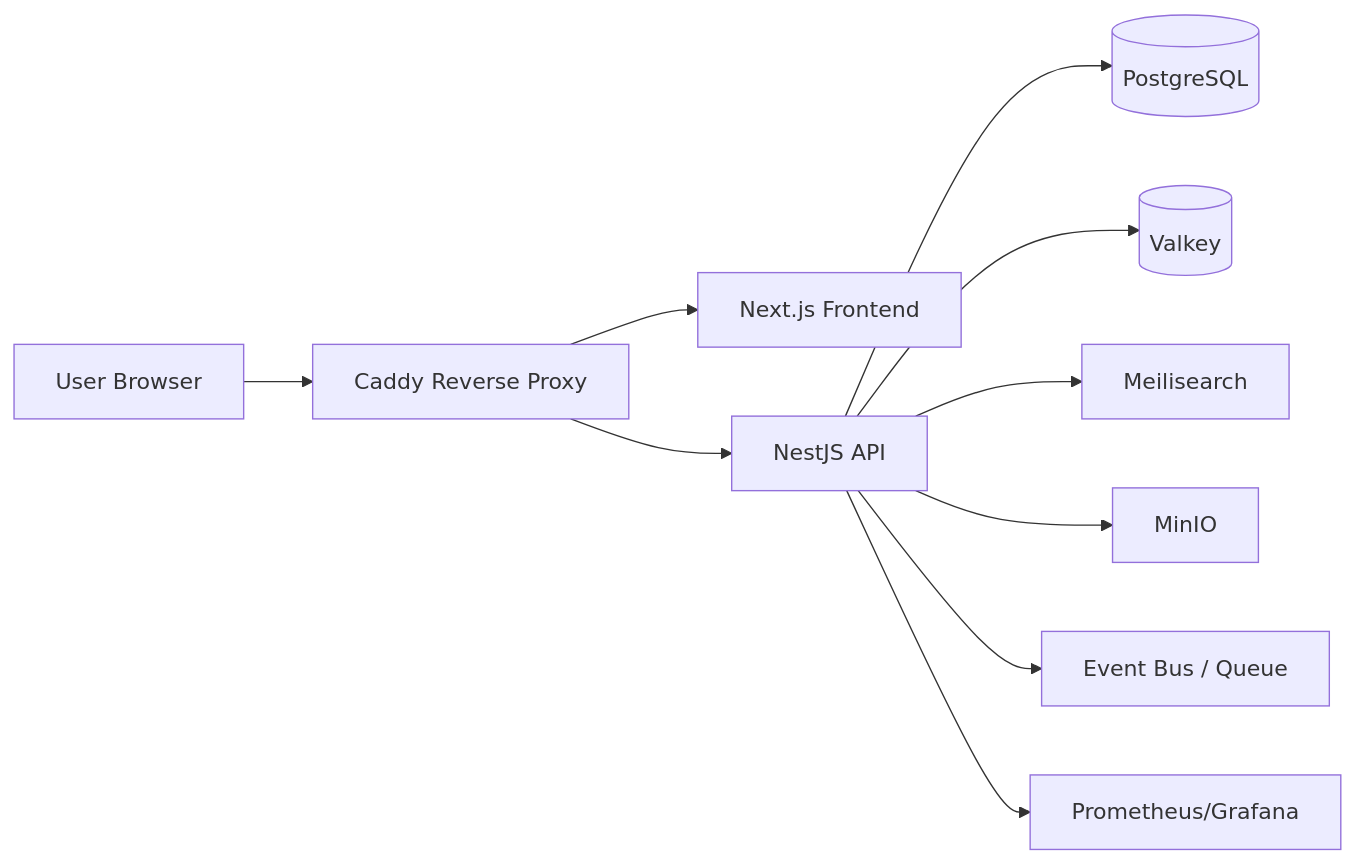
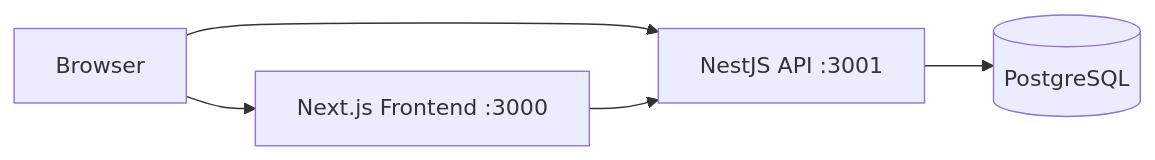
One commit to sultanmaliki/LinkedOut changed the diagram in docs/architecture.md. Above: the diagram before and after it, drawn with Mermaid. The commit also changed other lines of this file and 35 other files, not shown here.

````diff
--- a/docs/architecture.md
+++ b/docs/architecture.md
@@ -22,12 +24,7 @@
 ```mermaid
 flowchart LR
-  User[User Browser] --> Caddy[Caddy Reverse Proxy]
-  Caddy --> Web[Next.js Frontend]
-  Caddy --> API[NestJS API]
+  User[Browser] --> Web[Next.js Frontend :3000]
+  User --> API[NestJS API :3001]
+  Web --> API
   API --> DB[(PostgreSQL)]
-  API --> Cache[(Valkey)]
-  API --> Search[Meilisearch]
-  API --> Storage[MinIO]
-  API --> Events[Event Bus / Queue]
-  API --> Monitor[Prometheus/Grafana]
 ```
````
